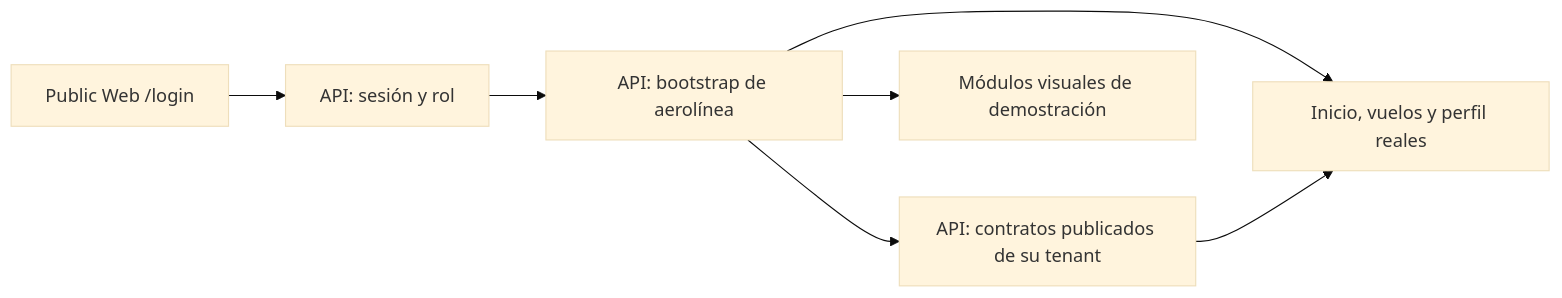
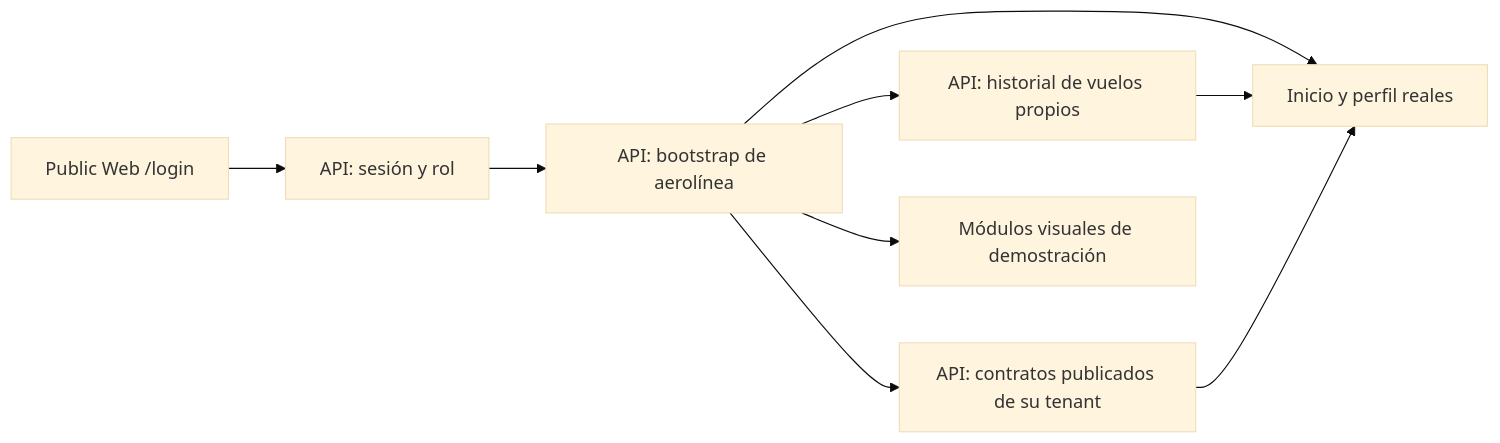
One commit to ErickEduardo027/ELEVANT changed the diagram in Vault/05-aplicaciones/public-web-portal.md. Above: the diagram before and after it, drawn with Mermaid (base theme). The commit also changed other lines of this file and 26 other files, not shown here.

````diff
--- a/Vault/05-aplicaciones/public-web-portal.md
+++ b/Vault/05-aplicaciones/public-web-portal.md
@@ -64,9 +69,11 @@
 ```mermaid
 flowchart LR
     L[Public Web /login] --> A[API: sesión y rol]
     A --> B[API: bootstrap de aerolínea]
-    B --> R[Inicio, vuelos y perfil reales]
+    B --> R[Inicio y perfil reales]
+    B --> H[API: historial de vuelos propios]
+    H --> R
     B --> C[API: contratos publicados de su tenant]
     C --> R
     B --> P[Módulos visuales de demostración]
 ```
````
